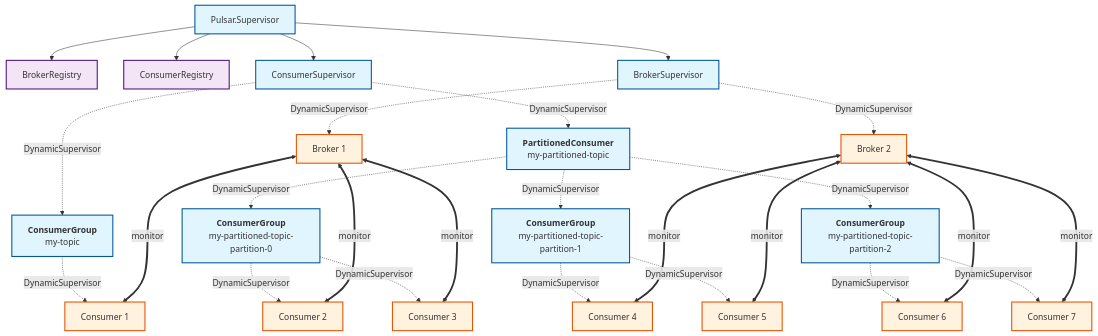
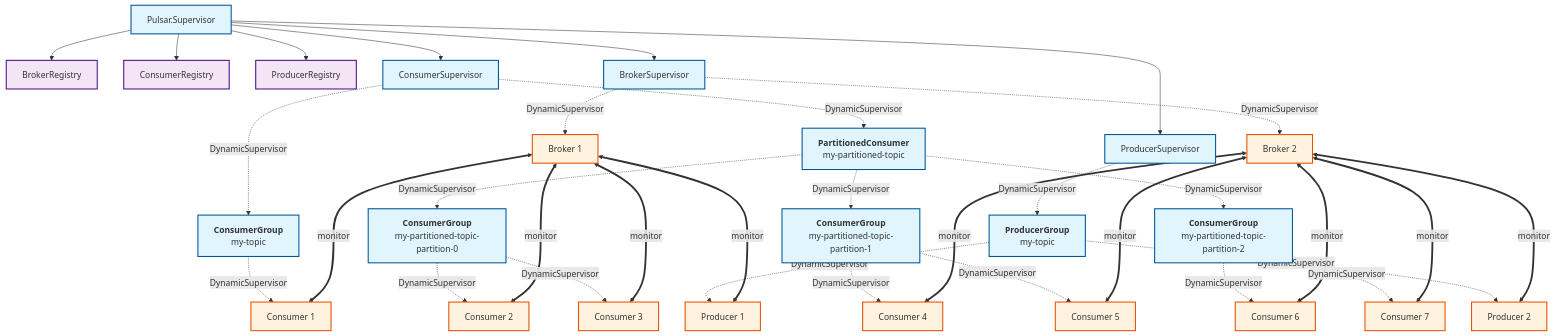
The diagram in README.md (efcasado/pulsar-elixir), drawn with Mermaid before and after one commit. The commit also changed other lines of this file and 10 other files, not shown here.

````diff
--- a/README.md
+++ b/README.md
@@ -12,44 +12,54 @@
 ```mermaid
 flowchart TD
     P[Pulsar.Supervisor] --> BR[BrokerRegistry]
     P --> CR[ConsumerRegistry]
+    P --> PR[ProducerRegistry]
     P --> BS[BrokerSupervisor]
     P --> CS[ConsumerSupervisor]
+    P --> PS[ProducerSupervisor]
 
     BS -.->|DynamicSupervisor| B1[Broker 1]
     BS -.->|DynamicSupervisor| B2[Broker 2]
 
     CS -.->|DynamicSupervisor| CG1["<b>ConsumerGroup</b><br/>my-topic"]
     CS -.->|DynamicSupervisor| PC1["<b>PartitionedConsumer</b><br/>my-partitioned-topic"]
+
+    PS -.->|DynamicSupervisor| PG1["<b>ProducerGroup</b><br/>my-topic"]
 
     CG1 -.->|DynamicSupervisor| C1[Consumer 1]
 
     PC1 -.->|DynamicSupervisor| CG2["<b>ConsumerGroup</b><br/>my-partitioned-topic-partition-0"]
     PC1 -.->|DynamicSupervisor| CG3["<b>ConsumerGroup</b><br/>my-partitioned-topic-partition-1"]
     PC1 -.->|DynamicSupervisor| CG4["<b>ConsumerGroup</b><br/>my-partitioned-topic-partition-2"]
 
     CG2 -.->|DynamicSupervisor| C2[Consumer 2]
     CG2 -.->|DynamicSupervisor| C3[Consumer 3]
     CG3 -.->|DynamicSupervisor| C4[Consumer 4]
     CG3 -.->|DynamicSupervisor| C5[Consumer 5]
     CG4 -.->|DynamicSupervisor| C6[Consumer 6]
     CG4 -.->|DynamicSupervisor| C7[Consumer 7]
 
+    PG1 -.->|DynamicSupervisor| P1[Producer 1]
+    PG1 -.->|DynamicSupervisor| P2[Producer 2]
+
     %% Broker ownership and monitoring
     B1 <===>|monitor| C1
     B1 <===>|monitor| C2
     B1 <===>|monitor| C3
 
     B2 <===>|monitor| C4
     B2 <===>|monitor| C5
     B2 <===>|monitor| C6
     B2 <===>|monitor| C7
 
+    B1 <===>|monitor| P1
+    B2 <===>|monitor| P2
+
     classDef supervisor fill:#e1f5fe,stroke:#01579b,stroke-width:2px
     classDef registry fill:#f3e5f5,stroke:#4a148c,stroke-width:2px
     classDef worker fill:#fff3e0,stroke:#e65100,stroke-width:2px
 
-    class P,BS,CS,CG1,CG2,CG3,CG4,PC1 supervisor
-    class BR,CR registry
-    class C1,C2,C3,C4,C5,C6,C7,B1,B2 worker
+    class P,BS,CS,PS,CG1,CG2,CG3,CG4,PC1,PG1 supervisor
+    class BR,CR,PR registry
+    class C1,C2,C3,C4,C5,C6,C7,P1,P2,B1,B2 worker
 ```
````
